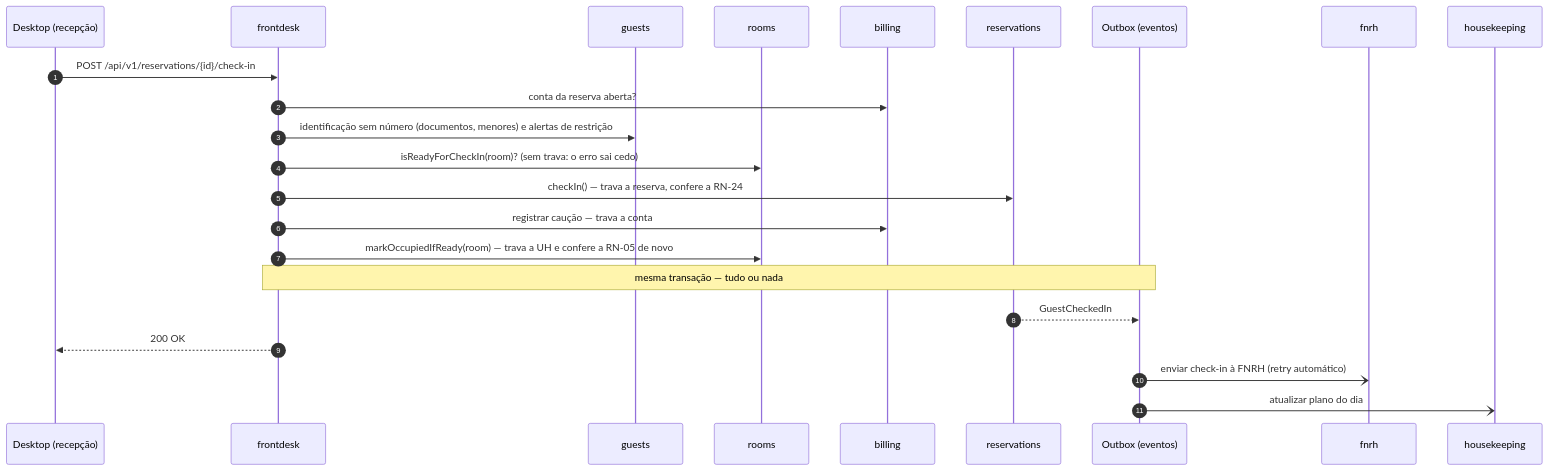
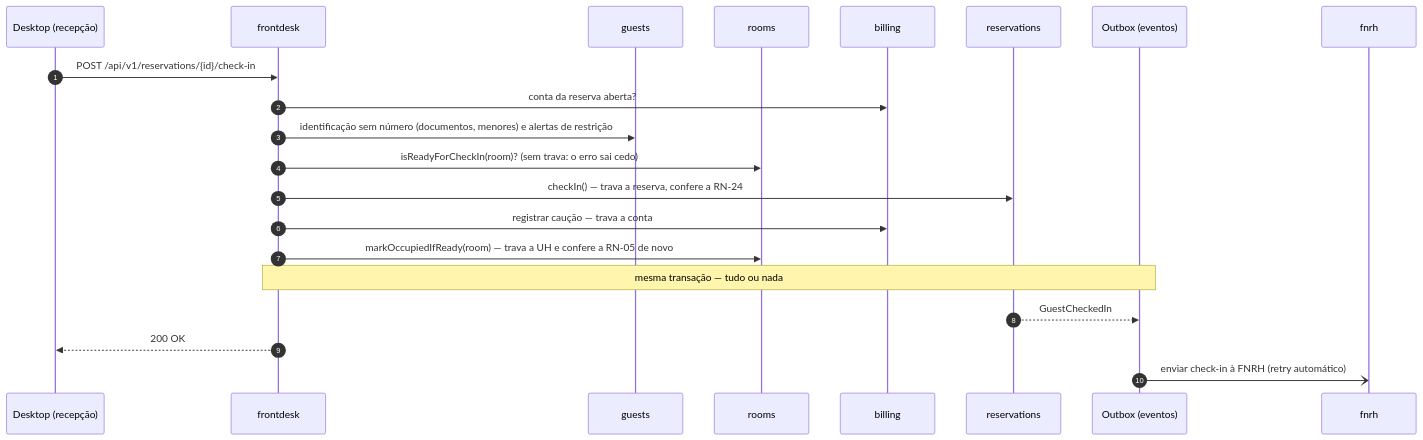
Before and after one commit to caiocdias/ZenyHotelManager: the third of 6 diagrams in docs/ARCHITECTURE.md, drawn with Mermaid. The commit also changed other lines of this file and 3 other files, not shown here.

First line of the commit message:
Revisa o roadmap do M6: divide a E04 e cria as etapas E19 a E22

````diff
--- a/docs/ARCHITECTURE.md
+++ b/docs/ARCHITECTURE.md
@@ -265,26 +265,24 @@
 ```mermaid
 sequenceDiagram
   autonumber
   participant C as Desktop (recepção)
   participant FD as frontdesk
   participant G as guests
   participant RM as rooms
   participant B as billing
   participant R as reservations
   participant OB as Outbox (eventos)
   participant F as fnrh
-  participant HK as housekeeping
 
   C->>FD: POST /api/v1/reservations/{id}/check-in
   FD->>B: conta da reserva aberta?
   FD->>G: identificação sem número (documentos, menores) e alertas de restrição
   FD->>RM: isReadyForCheckIn(room)? (sem trava: o erro sai cedo)
   FD->>R: checkIn() — trava a reserva, confere a RN-24
   FD->>B: registrar caução — trava a conta
   FD->>RM: markOccupiedIfReady(room) — trava a UH e confere a RN-05 de novo
   Note over FD,OB: mesma transação — tudo ou nada
   R-->>OB: GuestCheckedIn
   FD-->>C: 200 OK
   OB-)F: enviar check-in à FNRH (retry automático)
-  OB-)HK: atualizar plano do dia
 ```
````
